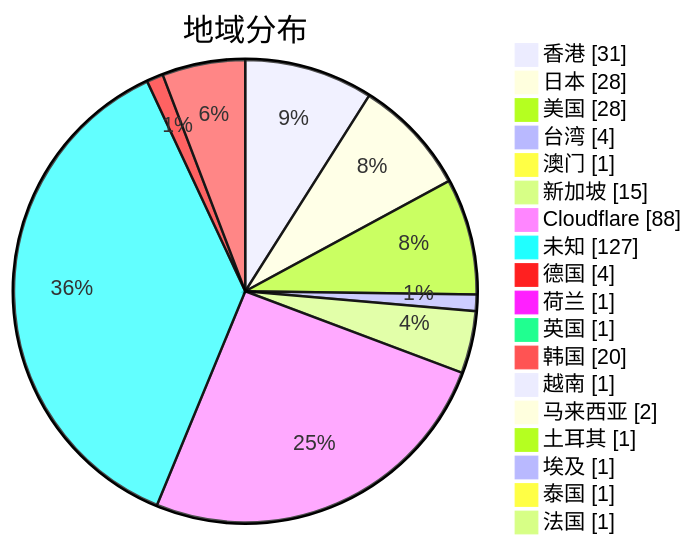
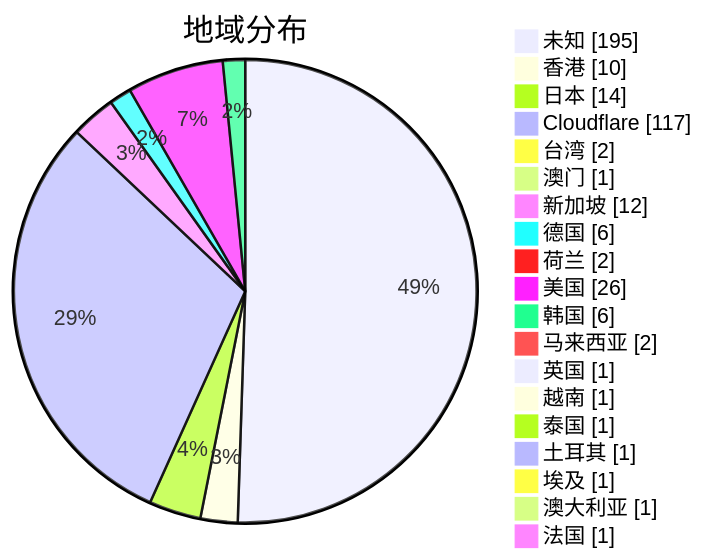
One commit to qjlxg/airport changed the second of 3 diagrams in subs/statistics/tested_within.md. Above: the diagram before and after it, drawn with Mermaid. The commit also changed other lines of this file and 2 other files, not shown here.

````diff
--- a/subs/statistics/tested_within.md
+++ b/subs/statistics/tested_within.md
@@ -13,22 +13,23 @@
 ```mermaid
 pie showData
 title 地域分布
-"香港" : 31
-"日本" : 28
-"美国" : 28
-"台湾" : 4
+"未知" : 195
+"香港" : 10
+"日本" : 14
+"Cloudflare" : 117
+"台湾" : 2
 "澳门" : 1
-"新加坡" : 15
-"Cloudflare" : 88
-"未知" : 127
-"德国" : 4
-"荷兰" : 1
+"新加坡" : 12
+"德国" : 6
+"荷兰" : 2
+"美国" : 26
+"韩国" : 6
+"马来西亚" : 2
 "英国" : 1
-"韩国" : 20
 "越南" : 1
-"马来西亚" : 2
+"泰国" : 1
 "土耳其" : 1
 "埃及" : 1
-"泰国" : 1
+"澳大利亚" : 1
 "法国" : 1
 ```
````
